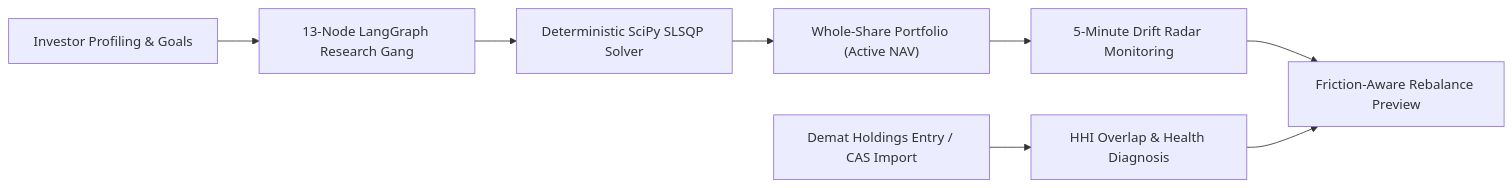
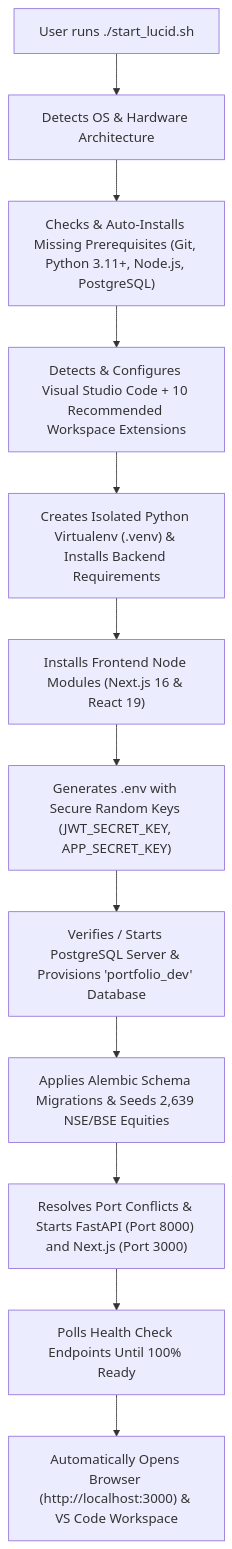
Before and after one commit to imankur0011/Lucid: the second of 4 diagrams in README.md, drawn with Mermaid. The commit also changed other lines of this file and 26 other files, not shown here.

Commit message:
feat: upgrade GitHub README, one-command launcher, VS Code workspace & lifecycle scripts

````diff
--- a/README.md
+++ b/README.md
@@ -123,10 +226,14 @@
 ```mermaid
-graph LR
-    A["Investor Profiling & Goals"] --> B["13-Node LangGraph Research Gang"]
-    B --> C["Deterministic SciPy SLSQP Solver"]
-    C --> D["Whole-Share Portfolio (Active NAV)"]
-    D --> E["5-Minute Drift Radar Monitoring"]
-    E --> F["Friction-Aware Rebalance Preview"]
-    G["Demat Holdings Entry / CAS Import"] --> H["HHI Overlap & Health Diagnosis"]
-    H --> F
+flowchart TD
+    A["User runs ./start_lucid.sh"] --> B["Detects OS & Hardware Architecture"]
+    B --> C["Checks & Auto-Installs Missing Prerequisites (Git, Python 3.11+, Node.js, PostgreSQL)"]
+    C --> D["Detects & Configures Visual Studio Code + 10 Recommended Workspace Extensions"]
+    D --> E["Creates Isolated Python Virtualenv (.venv) & Installs Backend Requirements"]
+    E --> F["Installs Frontend Node Modules (Next.js 16 & React 19)"]
+    F --> G["Generates .env with Secure Random Keys (JWT_SECRET_KEY, APP_SECRET_KEY)"]
+    G --> H["Verifies / Starts PostgreSQL Server & Provisions 'portfolio_dev' Database"]
+    H --> I["Applies Alembic Schema Migrations & Seeds 2,639 NSE/BSE Equities"]
+    I --> J["Resolves Port Conflicts & Starts FastAPI (Port 8000) and Next.js (Port 3000)"]
+    J --> K["Polls Health Check Endpoints Until 100% Ready"]
+    K --> L["Automatically Opens Browser (http://localhost:3000) & VS Code Workspace"]
 ```
````
